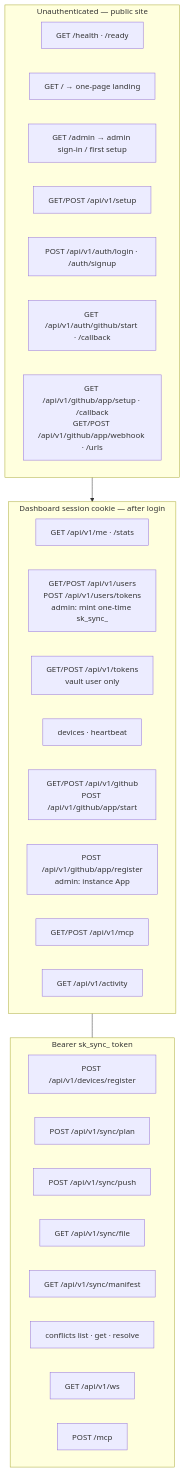
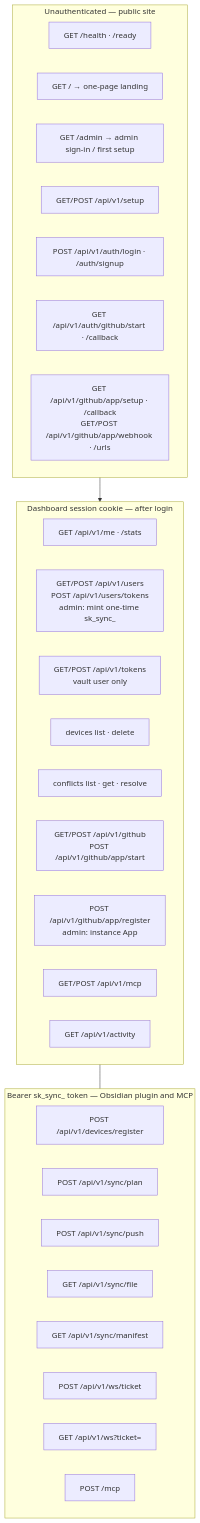
The third of 13 diagrams in docs/architecture.md (shangeethsivan/Syncidian), drawn with Mermaid before and after one commit. The commit also changed other lines of this file and 15 other files, not shown here.

````diff
--- a/docs/architecture.md
+++ b/docs/architecture.md
@@ -84,37 +84,38 @@
 ```mermaid
 flowchart TB
   subgraph public [Unauthenticated — public site]
     H["GET /health · /ready"]
     UI["GET /  → one-page landing"]
     AdminUI["GET /admin → admin sign-in / first setup"]
     S1["GET/POST /api/v1/setup"]
     L["POST /api/v1/auth/login · /auth/signup"]
     GHO["GET /api/v1/auth/github/start · /callback"]
     AppPub["GET /api/v1/github/app/setup · /callback<br/>GET/POST /api/v1/github/app/webhook · /urls"]
   end
 
   subgraph session [Dashboard session cookie — after login]
     Me["GET /api/v1/me · /stats"]
     Users["GET/POST /api/v1/users<br/>POST /api/v1/users/tokens<br/>admin: mint one-time sk_sync_"]
     Tokens["GET/POST /api/v1/tokens<br/>vault user only"]
-    Dev["devices · heartbeat"]
+    Dev["devices list · delete"]
+    Conf["conflicts list · get · resolve"]
     GH["GET/POST /api/v1/github<br/>POST /api/v1/github/app/start"]
     AppAdm["POST /api/v1/github/app/register<br/>admin: instance App"]
     MCPCfg["GET/POST /api/v1/mcp"]
     Act["GET /api/v1/activity"]
   end
 
-  subgraph plugin [Bearer sk_sync_ token]
+  subgraph plugin [Bearer sk_sync_ token — Obsidian plugin and MCP]
     Reg["POST /api/v1/devices/register"]
     Plan["POST /api/v1/sync/plan"]
     Push["POST /api/v1/sync/push"]
     File["GET /api/v1/sync/file"]
     Man["GET /api/v1/sync/manifest"]
-    Conf["conflicts list · get · resolve"]
-    Sock["GET /api/v1/ws"]
+    Ticket["POST /api/v1/ws/ticket"]
+    Sock["GET /api/v1/ws?ticket="]
     MCP["POST /mcp"]
   end
 
   public --> session
   session --- plugin
 ```
````
